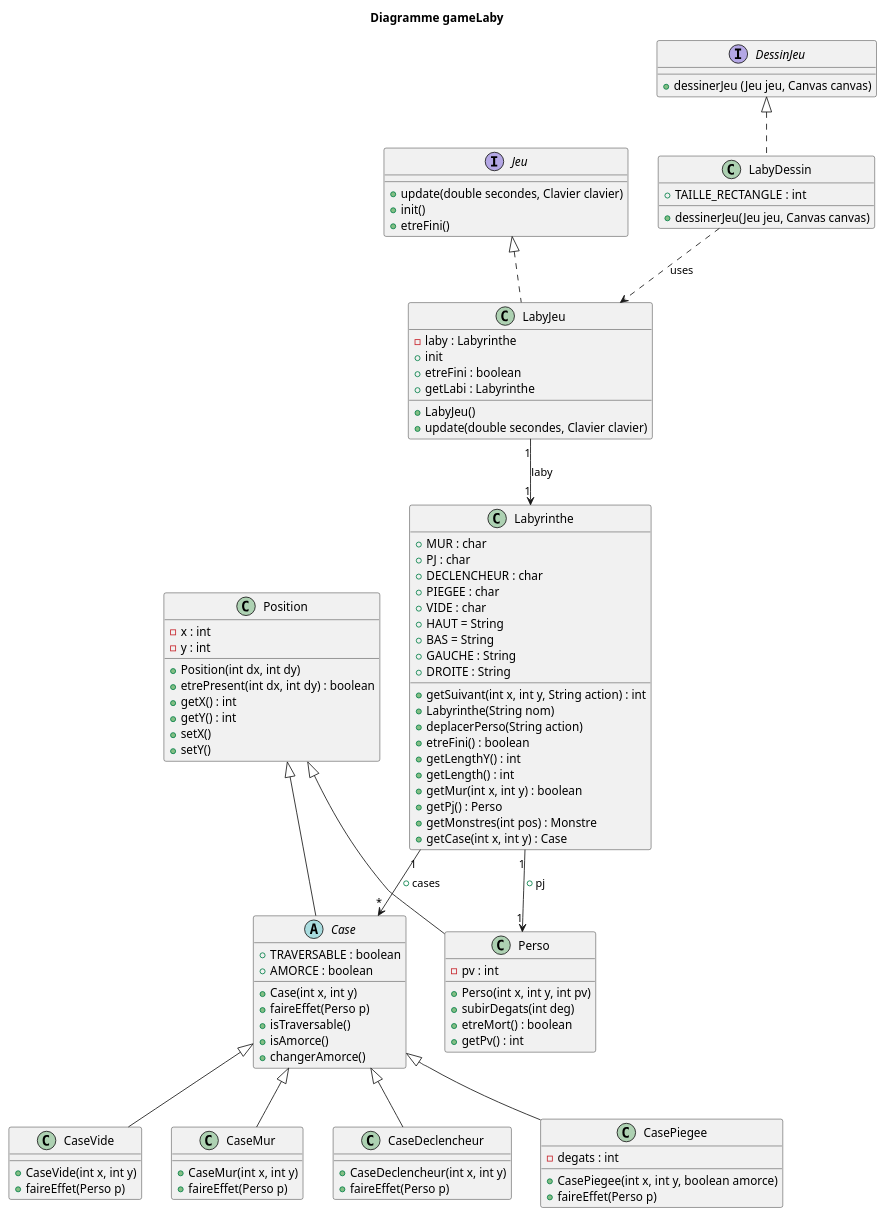
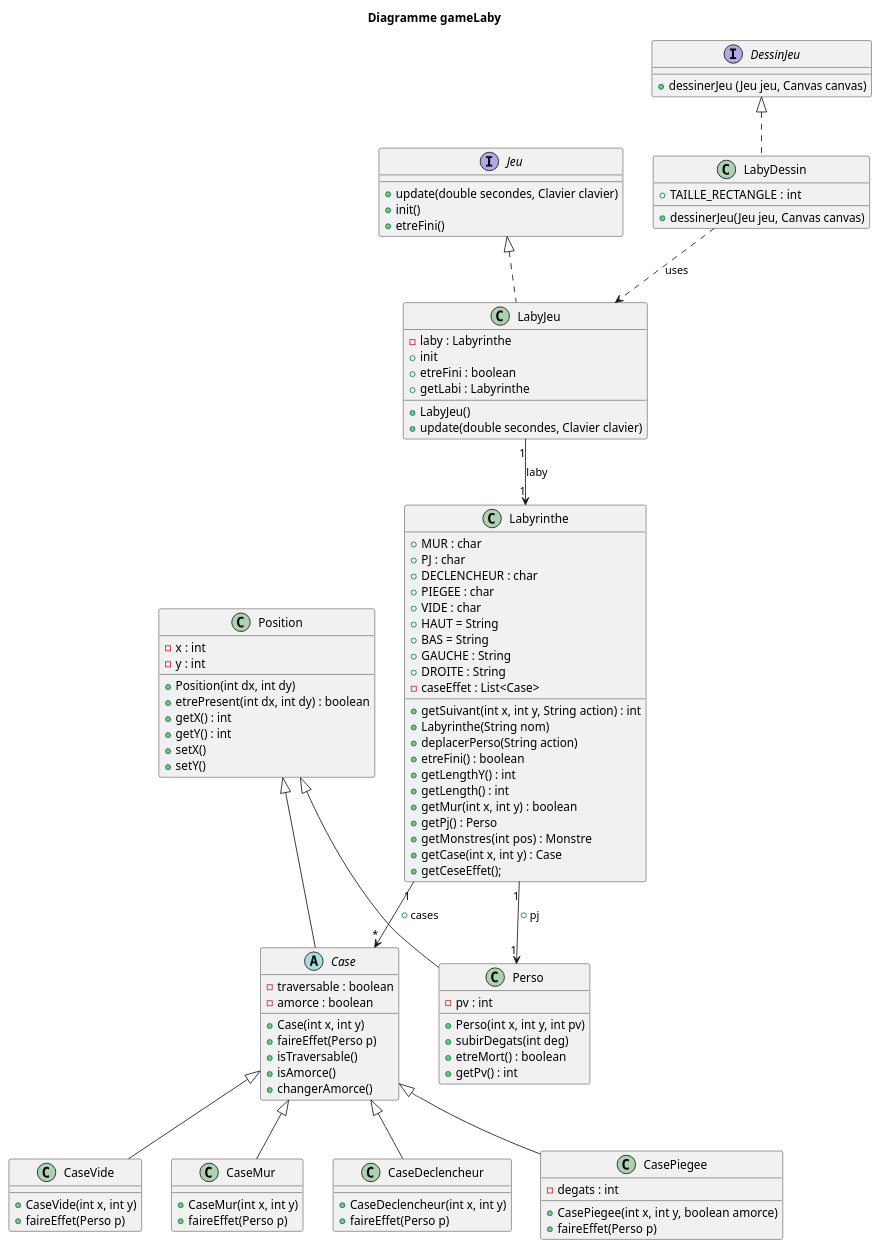
One commit to Cedran-Bastien/2022_Zeldiablo_Retter_Perez_Hergott_Bastien changed the diagram in zeldiablo/src/gameLaby/laby/Diagramme_De_Classe.puml. Above: the diagram before and after it, drawn with PlantUML. The commit also changed 5 other files, not shown here.

Commit message:
finition diag classe et sequence

```diff
--- a/zeldiablo/src/gameLaby/laby/Diagramme_De_Classe.puml
+++ b/zeldiablo/src/gameLaby/laby/Diagramme_De_Classe.puml
@@ -1,126 +1,126 @@
 @startuml
 'https://plantuml.com/class-diagram
 
 title Diagramme gameLaby
 
 interface Jeu {
     +update(double secondes, Clavier clavier)
     +init()
     +etreFini()
     }
 
 interface DessinJeu {
     +dessinerJeu (Jeu jeu, Canvas canvas)
     }
 
 
 
 class LabyDessin{
     +TAILLE_RECTANGLE : int
     +dessinerJeu(Jeu jeu, Canvas canvas)
 }
 
 class LabyJeu{
     -laby : Labyrinthe
     +LabyJeu()
     +update(double secondes, Clavier clavier)
     +init
     +etreFini : boolean
     +getLabi : Labyrinthe
     }
 
 class Position{
     -x : int
     -y : int
     +Position(int dx, int dy)
     +etrePresent(int dx, int dy) : boolean
     +getX() : int
     +getY() : int
     +setX()
     +setY()
     }
 
 abstract Case {
-    + TRAVERSABLE : boolean
-    + AMORCE : boolean
+    - traversable : boolean
+    - amorce : boolean
     +Case(int x, int y)
     +faireEffet(Perso p)
     +isTraversable()
     +isAmorce()
     +changerAmorce()
     }
 
 
 class Perso {
     -pv : int
     +Perso(int x, int y, int pv)
     +subirDegats(int deg)
     +etreMort() : boolean
     +getPv() : int
 }
 
 class Labyrinthe{
     +MUR : char
     +PJ : char
     +DECLENCHEUR : char
     +PIEGEE : char
     +VIDE : char
     +HAUT = String
     +BAS = String
     +GAUCHE : String
     +DROITE : String
+    -caseEffet : List<Case>
     +getSuivant(int x, int y, String action) : int
     +Labyrinthe(String nom)
     +deplacerPerso(String action)
     +etreFini() : boolean
      +getLengthY() : int
      +getLength() : int
      +getMur(int x, int y) : boolean
      +getPj() : Perso
      +getMonstres(int pos) : Monstre
      +getCase(int x, int y) : Case
-
-
+     +getCeseEffet();
     }
 
 class CaseVide {
     +CaseVide(int x, int y)
     +faireEffet(Perso p)
 }
 
 class CaseMur {
     +CaseMur(int x, int y)
     +faireEffet(Perso p)
 }
 
 class CaseDeclencheur {
     +CaseDeclencheur(int x, int y)
     +faireEffet(Perso p)
 
 
 }
 
 class CasePiegee {
     -degats : int
     +CasePiegee(int x, int y, boolean amorce)
     +faireEffet(Perso p)
 
 
 }
 
 
 DessinJeu <|.. LabyDessin
 Jeu <|.. LabyJeu
 Position <|-- Perso
 Position <|-- Case
 Labyrinthe "1" --> "1" Perso : +pj
 Labyrinthe "1" --> "*" Case : +cases
 LabyDessin ..> LabyJeu : uses
 LabyJeu "1" --> "1" Labyrinthe : laby
 Case <|-- CaseVide
 Case <|-- CaseMur
 Case <|-- CasePiegee
 Case <|-- CaseDeclencheur
 
 
 @enduml
```
